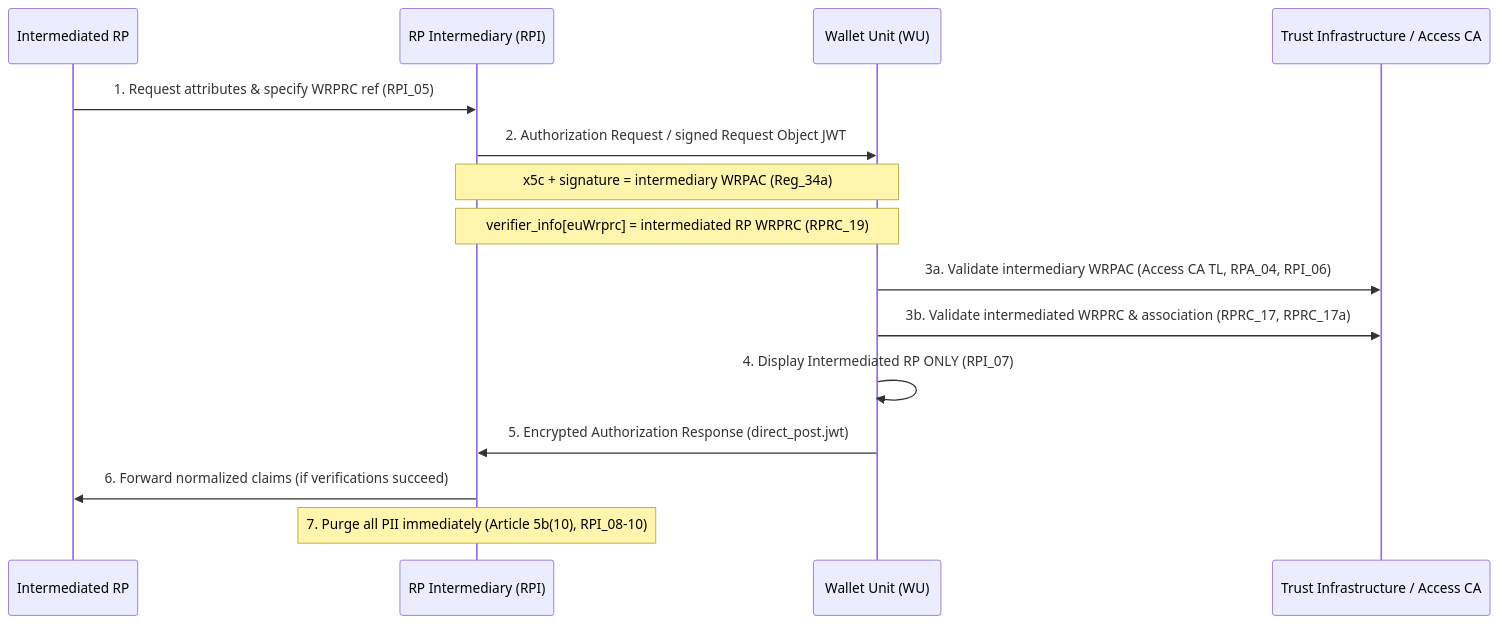
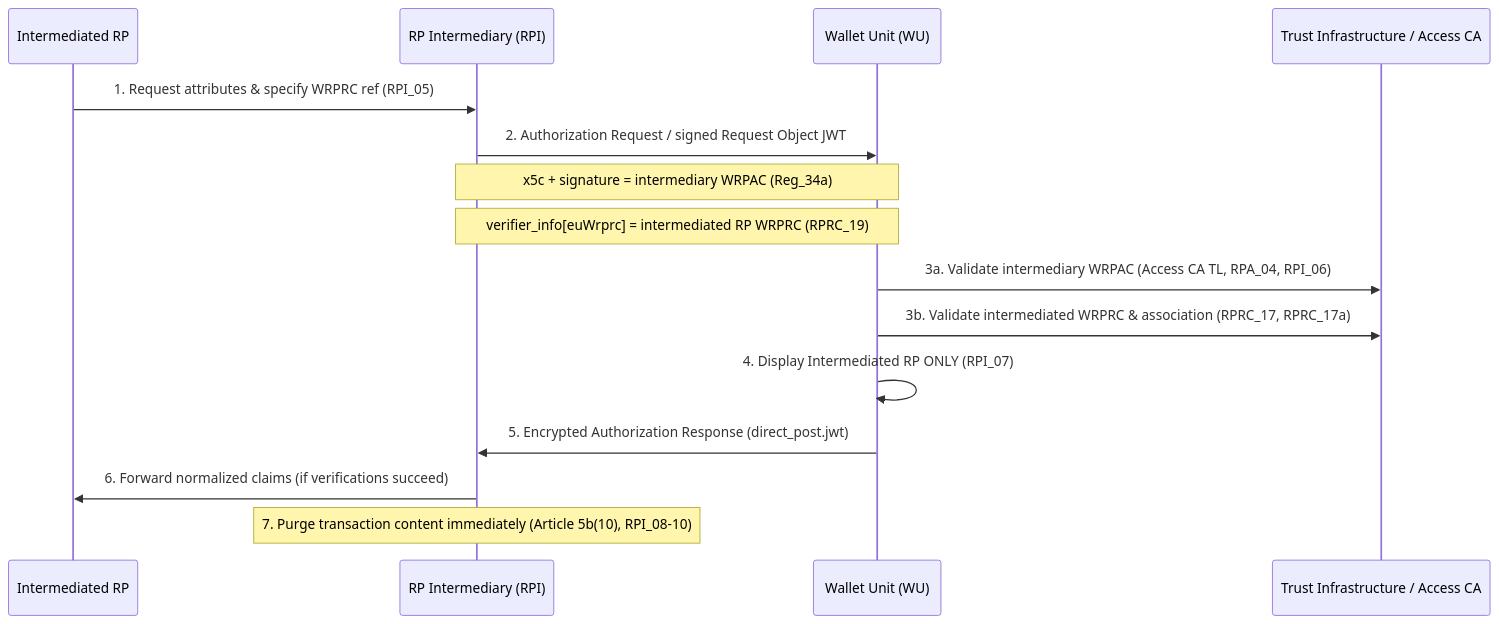
The second of 2 diagrams in conformance-specs/cs-13-intermediary-services-preflight.md (webuild-consortium/wp4-architecture), drawn with Mermaid before and after one commit.

Commit message:
Apply suggestion from @Saramandus

````diff
--- a/conformance-specs/cs-13-intermediary-services-preflight.md
+++ b/conformance-specs/cs-13-intermediary-services-preflight.md
@@ -98,18 +98,18 @@
 ```mermaid
 sequenceDiagram
     participant IRP as Intermediated RP
     participant INT as RP Intermediary (RPI)
     participant W as Wallet Unit (WU)
     participant TL as Trust Infrastructure / Access CA
 
     IRP->>INT: 1. Request attributes & specify WRPRC ref (RPI_05)
     INT->>W: 2. Authorization Request / signed Request Object JWT
     Note over INT,W: x5c + signature = intermediary WRPAC (Reg_34a)
     Note over INT,W: verifier_info[euWrprc] = intermediated RP WRPRC (RPRC_19)
     W->>TL: 3a. Validate intermediary WRPAC (Access CA TL, RPA_04, RPI_06)
     W->>TL: 3b. Validate intermediated WRPRC & association (RPRC_17, RPRC_17a)
     W->>W: 4. Display Intermediated RP ONLY (RPI_07)
     W->>INT: 5. Encrypted Authorization Response (direct_post.jwt)
     INT->>IRP: 6. Forward normalized claims (if verifications succeed)
-    Note over INT: 7. Purge all PII immediately (Article 5b(10), RPI_08-10)
+    Note over INT: 7. Purge transaction content immediately (Article 5b(10), RPI_08-10)
 ```
````
